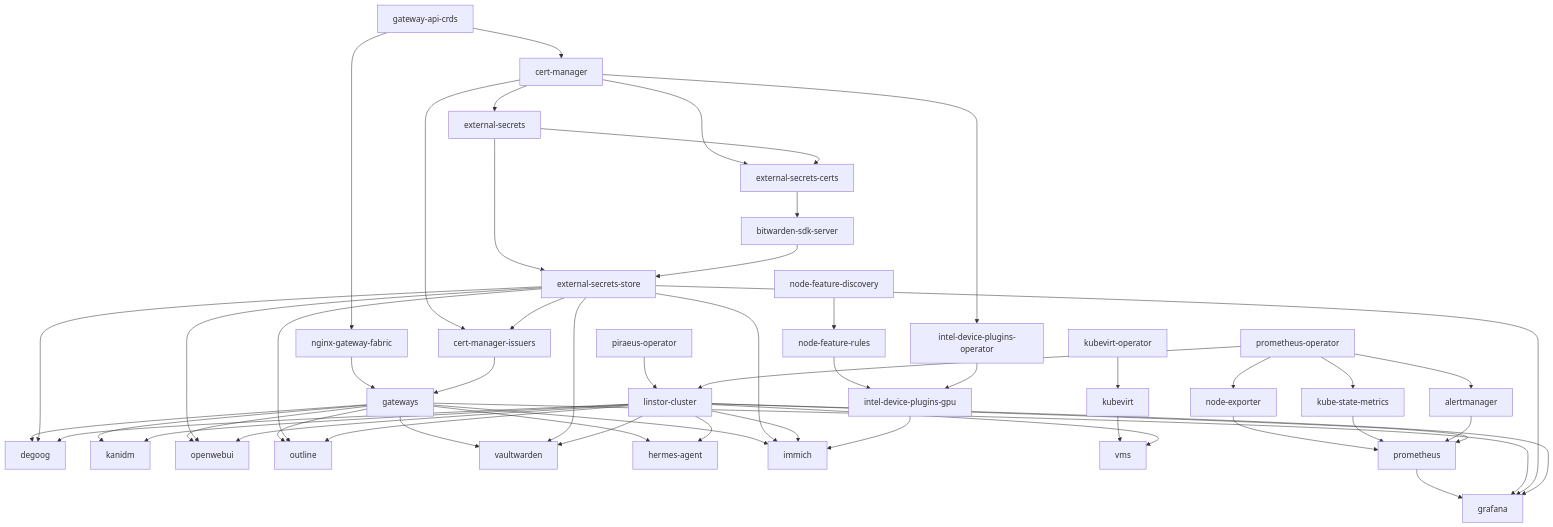
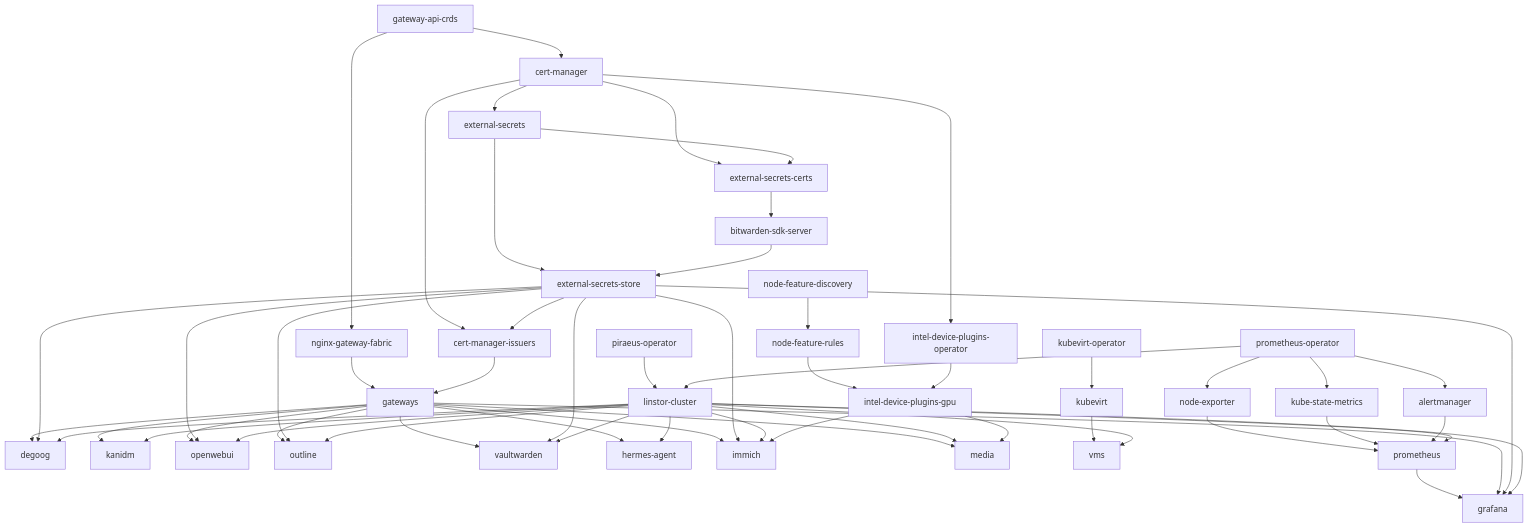
The diagram in README.md (martinxtinto/k8s-flux), drawn with Mermaid before and after one commit. The commit also changed other lines of this file and 14 other files, not shown here.

````diff
--- a/README.md
+++ b/README.md
@@ -30,55 +30,58 @@
 ```mermaid
 flowchart TD
   gateway-api-crds --> cert-manager
   gateway-api-crds --> nginx-gateway-fabric
   cert-manager --> external-secrets
   cert-manager --> external-secrets-certs
   external-secrets --> external-secrets-certs
   external-secrets --> external-secrets-store
   external-secrets-certs --> bitwarden-sdk-server
   bitwarden-sdk-server --> external-secrets-store
   cert-manager --> cert-manager-issuers
   external-secrets-store --> cert-manager-issuers
   nginx-gateway-fabric --> gateways
   cert-manager-issuers --> gateways
   piraeus-operator --> linstor-cluster
   prometheus-operator --> linstor-cluster
   kubevirt-operator --> kubevirt
   cert-manager --> intel-device-plugins-operator
   node-feature-discovery --> node-feature-rules
   node-feature-rules --> intel-device-plugins-gpu
   intel-device-plugins-operator --> intel-device-plugins-gpu
   gateways --> degoog
   external-secrets-store --> degoog
   linstor-cluster --> degoog
   gateways --> kanidm
   linstor-cluster --> kanidm
   gateways --> openwebui
   external-secrets-store --> openwebui
   linstor-cluster --> openwebui
   gateways --> outline
   external-secrets-store --> outline
   linstor-cluster --> outline
   gateways --> vaultwarden
   external-secrets-store --> vaultwarden
   linstor-cluster --> vaultwarden
   gateways --> hermes-agent
   linstor-cluster --> hermes-agent
   gateways --> immich
   external-secrets-store --> immich
   linstor-cluster --> immich
   intel-device-plugins-gpu --> immich
+  gateways --> media
+  linstor-cluster --> media
+  intel-device-plugins-gpu --> media
   kubevirt --> vms
   linstor-cluster --> vms
   prometheus-operator --> node-exporter
   prometheus-operator --> kube-state-metrics
   prometheus-operator --> alertmanager
   node-exporter --> prometheus
   kube-state-metrics --> prometheus
   alertmanager --> prometheus
   linstor-cluster --> prometheus
   prometheus --> grafana
   gateways --> grafana
   external-secrets-store --> grafana
   linstor-cluster --> grafana
 ```
````
